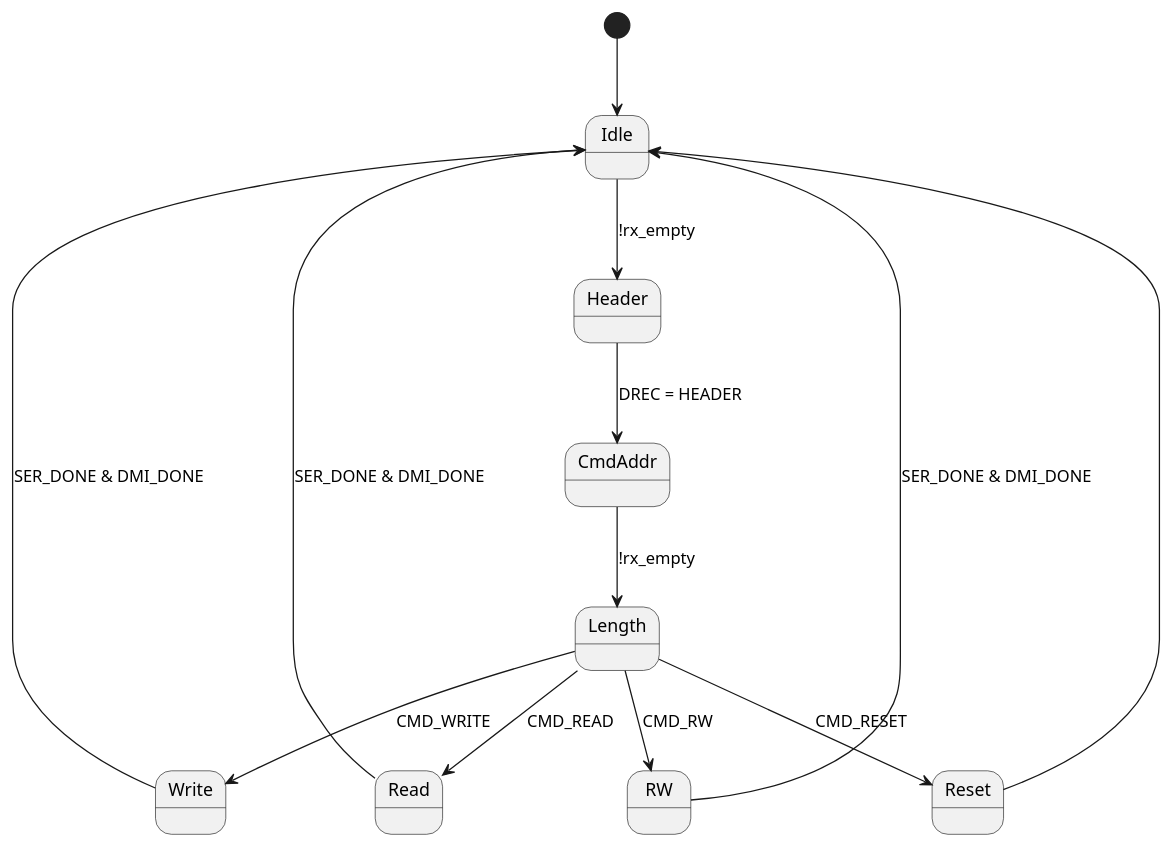
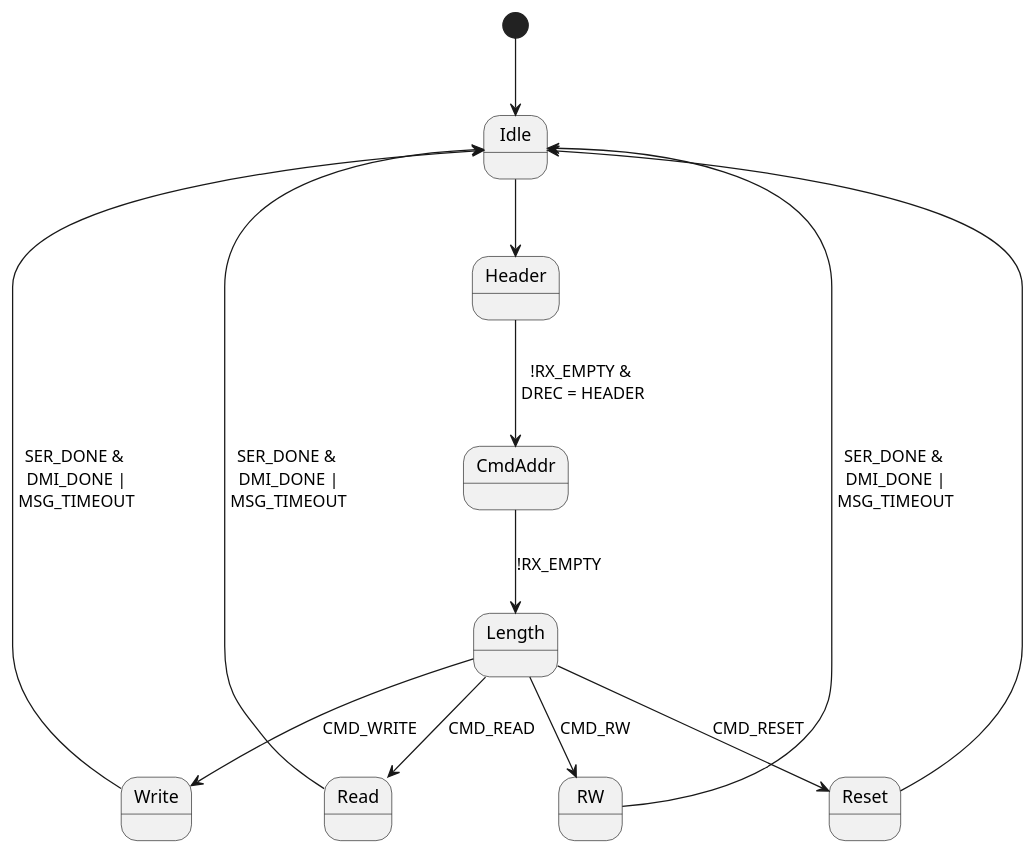
One commit to sapross/risc_dbg_uart changed the diagram in src/uart/uart_tap_statemachine.puml. Above: the diagram before and after it, drawn with PlantUML. The commit also changed 5 other files, not shown here.

```diff
--- a/src/uart/uart_tap_statemachine.puml
+++ b/src/uart/uart_tap_statemachine.puml
@@ -1,15 +1,16 @@
 @startuml
 
 [*] --> Idle
-Idle --> Header : !rx_empty
-Header --> CmdAddr : DREC = HEADER
-CmdAddr --> Length : !rx_empty
+Idle --> Header
+Header --> CmdAddr : !RX_EMPTY &\n DREC = HEADER
+CmdAddr --> Length : !RX_EMPTY
 Length --> Write : CMD_WRITE
 Length --> Read : CMD_READ
 Length --> RW : CMD_RW
 Length --> Reset : CMD_RESET
-Write --> Idle : SER_DONE & DMI_DONE
-Read --> Idle : SER_DONE & DMI_DONE
-RW --> Idle : SER_DONE & DMI_DONE
+Write --> Idle : SER_DONE &\n DMI_DONE |\n MSG_TIMEOUT
+Read --> Idle : SER_DONE &\n DMI_DONE |\n MSG_TIMEOUT
+RW --> Idle : SER_DONE &\n DMI_DONE |\n MSG_TIMEOUT
+
 Reset --> Idle
 @enduml
```
